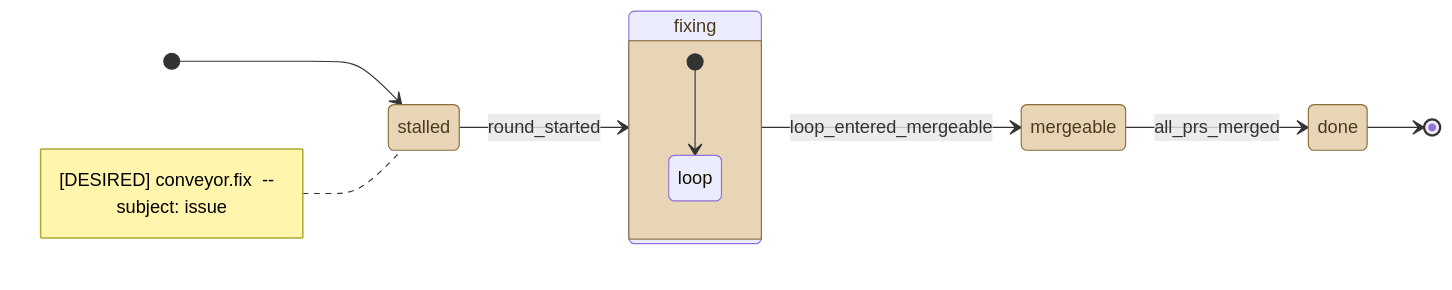
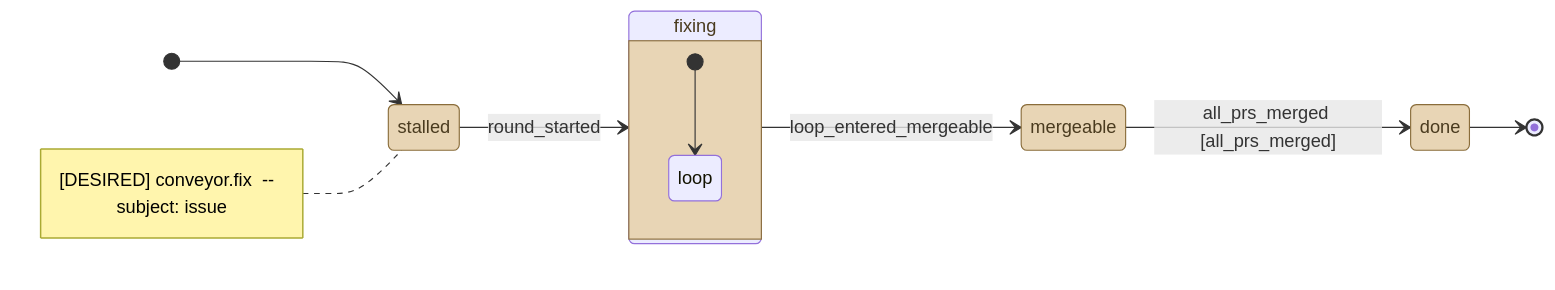
One commit to kostiantyn-matsebora/agent-ops-operator changed the diagram in .github/conveyor-model/mermaid/desired/conveyor_fix.mmd. Above: the diagram before and after it, drawn with Mermaid. The commit also changed 3 other files, not shown here.

First line of the commit message:
fix(conveyor): all_prs_merged is trigger AND guard, independently

```diff
--- a/.github/conveyor-model/mermaid/desired/conveyor_fix.mmd
+++ b/.github/conveyor-model/mermaid/desired/conveyor_fix.mmd
@@ -1,21 +1,21 @@
 stateDiagram-v2
     direction LR
     [*] --> stalled
     note left of stalled
         [DESIRED] conveyor.fix  --  subject: issue
     end note
     classDef stationState fill:#e8d5b5,stroke:#8a6d3b,color:#4a3b1f
     classDef loopState fill:#c9e4de,stroke:#2f6b5e,color:#1a3b33
     state stalled
     state fixing
     state mergeable
     state done
     stalled --> fixing : round_started
     fixing --> mergeable : loop_entered_mergeable
-    mergeable --> done : all_prs_merged
+    mergeable --> done : all_prs_merged [all_prs_merged]
     done --> [*]
     class stalled, fixing, mergeable, done stationState
     state fixing {
         [*] --> loop
         state "loop" as loop
     }
```
